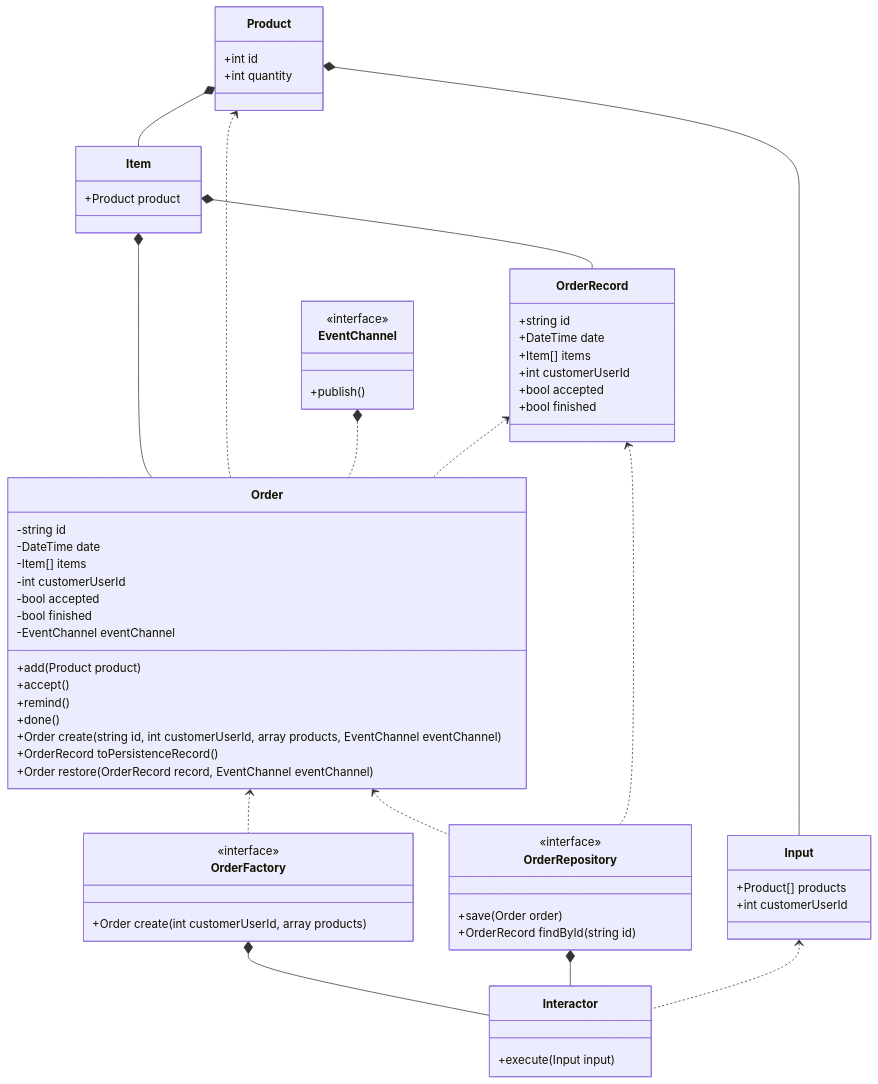
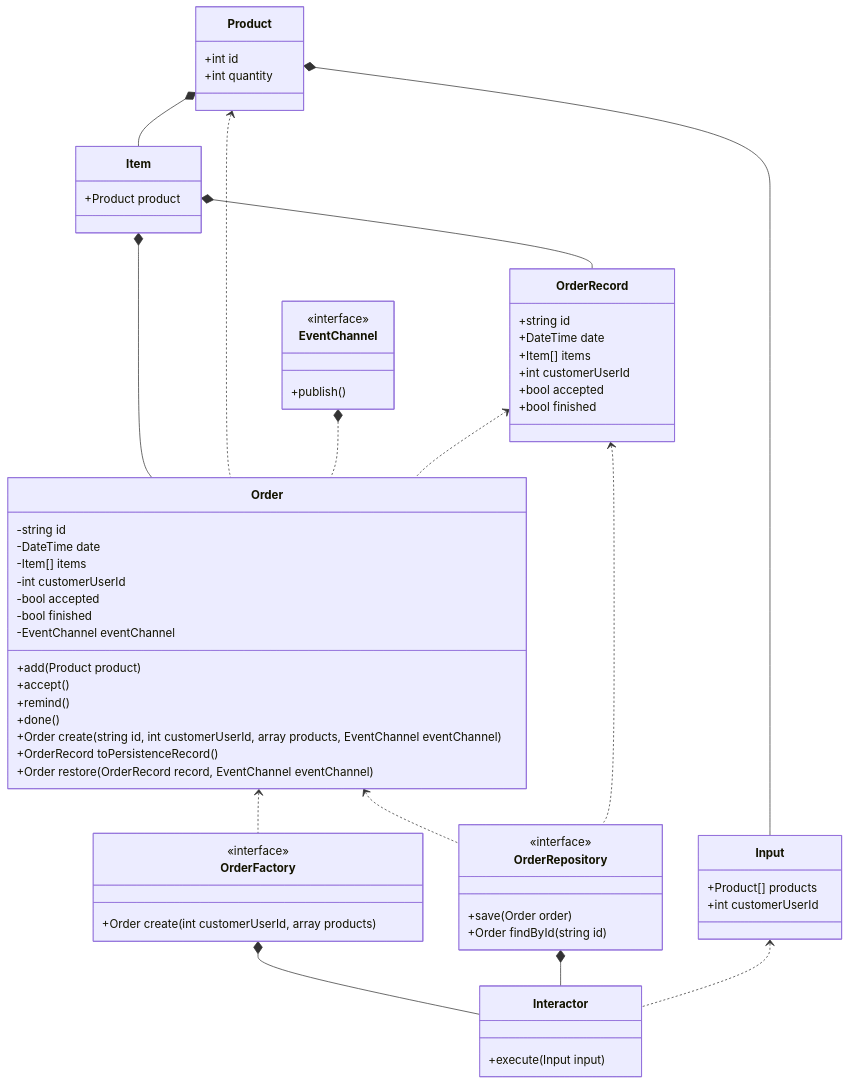
The diagram in README.md (youhei-ushio/nicoshop), drawn with Mermaid before and after one commit.

````diff
--- a/README.md
+++ b/README.md
@@ -10,69 +10,69 @@
 ```mermaid
 classDiagram
     Item *-- Order
     Product *-- Item
     Product <.. Order
     EventChannel *.. Order
     OrderRecord <.. Order
     Item *-- OrderRecord
     Order <.. OrderFactory
     Order <.. OrderRepository
     class Product{
       +int id
       +int quantity
     }
     class Item{
       +Product product
     }
     class Order{
       -string id
       -DateTime date
       -Item[] items
       -int customerUserId
       -bool accepted
       -bool finished
       -EventChannel eventChannel
 
       +add(Product product)
       +accept()
       +remind()
       +done()
       +Order create(string id, int customerUserId, array products, EventChannel eventChannel)
       +OrderRecord toPersistenceRecord()
       +Order restore(OrderRecord record, EventChannel eventChannel)
     }
     class EventChannel{
       <<interface>>
       +publish()
     }
     class OrderRecord{
       +string id
       +DateTime date
       +Item[] items
       +int customerUserId
       +bool accepted
       +bool finished
     }
     class OrderFactory {
       <<interface>>
       +Order create(int customerUserId, array products)
     }
     class OrderRepository{
       <<interface>>
       +save(Order order)
-      +OrderRecord findById(string id) 
+      +Order findById(string id) 
     }
 
     OrderFactory *-- Interactor
     OrderRepository *-- Interactor
     OrderRecord <.. OrderRepository
     Input <.. Interactor
     Product *-- Input
     class Interactor{
       +execute(Input input)
     }
     class Input{
       +Product[] products
       +int customerUserId
     }
 ```
````
